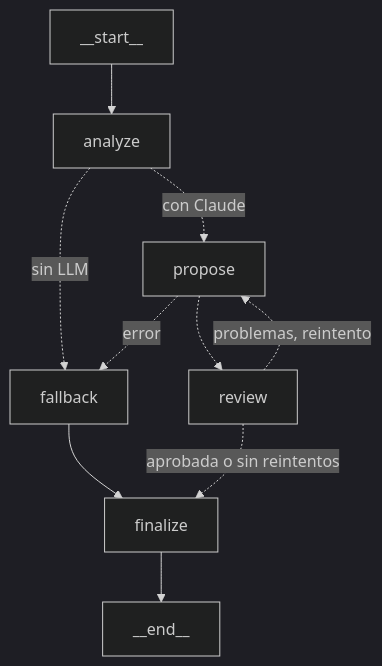
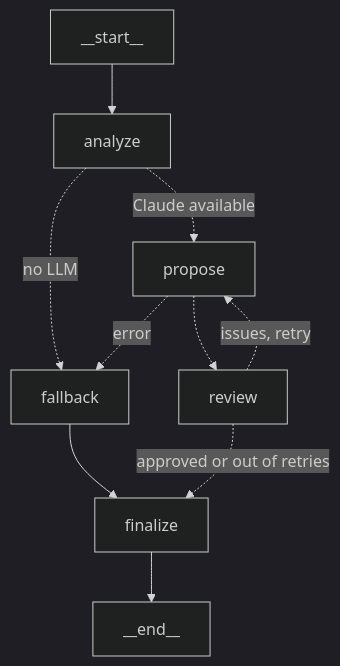
The diagram in README.md (sebastian946/NemesisProtocol), drawn with Mermaid (dark theme) before and after one commit. The commit also changed other lines of this file, not shown here.

````diff
--- a/README.md
+++ b/README.md
@@ -40,12 +42,12 @@
 ```mermaid
 graph TD;
 	__start__ --> analyze;
-	analyze -.->|sin LLM| fallback;
-	analyze -.->|con Claude| propose;
+	analyze -.->|no LLM| fallback;
+	analyze -.->|Claude available| propose;
 	fallback --> finalize;
 	propose -.->|error| fallback;
 	propose -.-> review;
-	review -.->|aprobada o sin reintentos| finalize;
-	review -.->|problemas, reintento| propose;
+	review -.->|approved or out of retries| finalize;
+	review -.->|issues, retry| propose;
 	finalize --> __end__;
 ```
````
